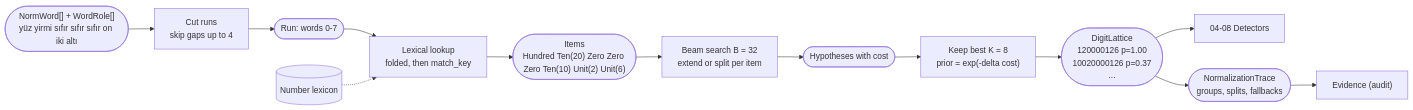
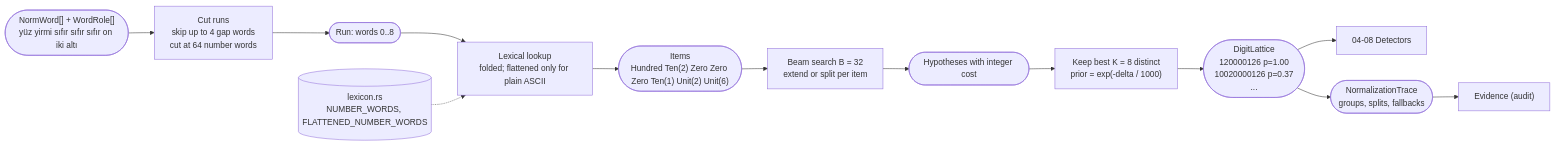
One commit to aral-by/ortu changed the first of 2 diagrams in docs/algorithms/03-spoken-number-lattice.md. Above: the diagram before and after it, drawn with Mermaid. The commit also changed other lines of this file and 7 other files, not shown here.

````diff
--- a/docs/algorithms/03-spoken-number-lattice.md
+++ b/docs/algorithms/03-spoken-number-lattice.md
@@ -52,14 +55,14 @@
 ```mermaid
 flowchart LR
-    IN(["NormWord[] + WordRole[]<br/>yüz yirmi sıfır sıfır sıfır on iki altı"]) --> S1["Cut runs<br/>skip gaps up to 4"]
-    S1 --> RUN(["Run: words 0-7"])
-    RUN --> S2["Lexical lookup<br/>folded, then match_key"]
-    LEX[("Number lexicon")] -.-> S2
-    S2 --> IT(["Items<br/>Hundred Ten(20) Zero Zero Zero Ten(10) Unit(2) Unit(6)"])
+    IN(["NormWord[] + WordRole[]<br/>yüz yirmi sıfır sıfır sıfır on iki altı"]) --> S1["Cut runs<br/>skip up to 4 gap words<br/>cut at 64 number words"]
+    S1 --> RUN(["Run: words 0..8"])
+    RUN --> S2["Lexical lookup<br/>folded; flattened only for plain ASCII"]
+    LEX[("lexicon.rs<br/>NUMBER_WORDS, FLATTENED_NUMBER_WORDS")] -.-> S2
+    S2 --> IT(["Items<br/>Hundred Ten(2) Zero Zero Zero Ten(1) Unit(2) Unit(6)"])
     IT --> S3["Beam search B = 32<br/>extend or split per item"]
-    S3 --> HY(["Hypotheses with cost"])
-    HY --> S4["Keep best K = 8<br/>prior = exp(-delta cost)"]
+    S3 --> HY(["Hypotheses with integer cost"])
+    HY --> S4["Keep best K = 8 distinct<br/>prior = exp(-delta / 1000)"]
     S4 --> LAT(["DigitLattice<br/>120000126 p=1.00<br/>10020000126 p=0.37<br/>..."])
     LAT --> D["04-08 Detectors"]
     LAT --> TR(["NormalizationTrace<br/>groups, splits, fallbacks"]) --> AUD["Evidence (audit)"]
 ```
````
